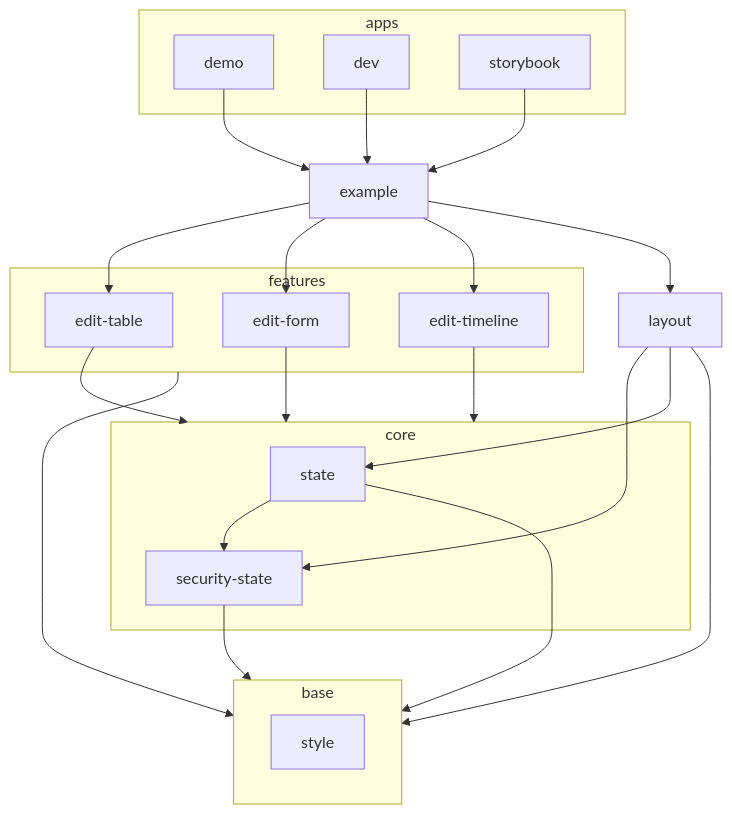
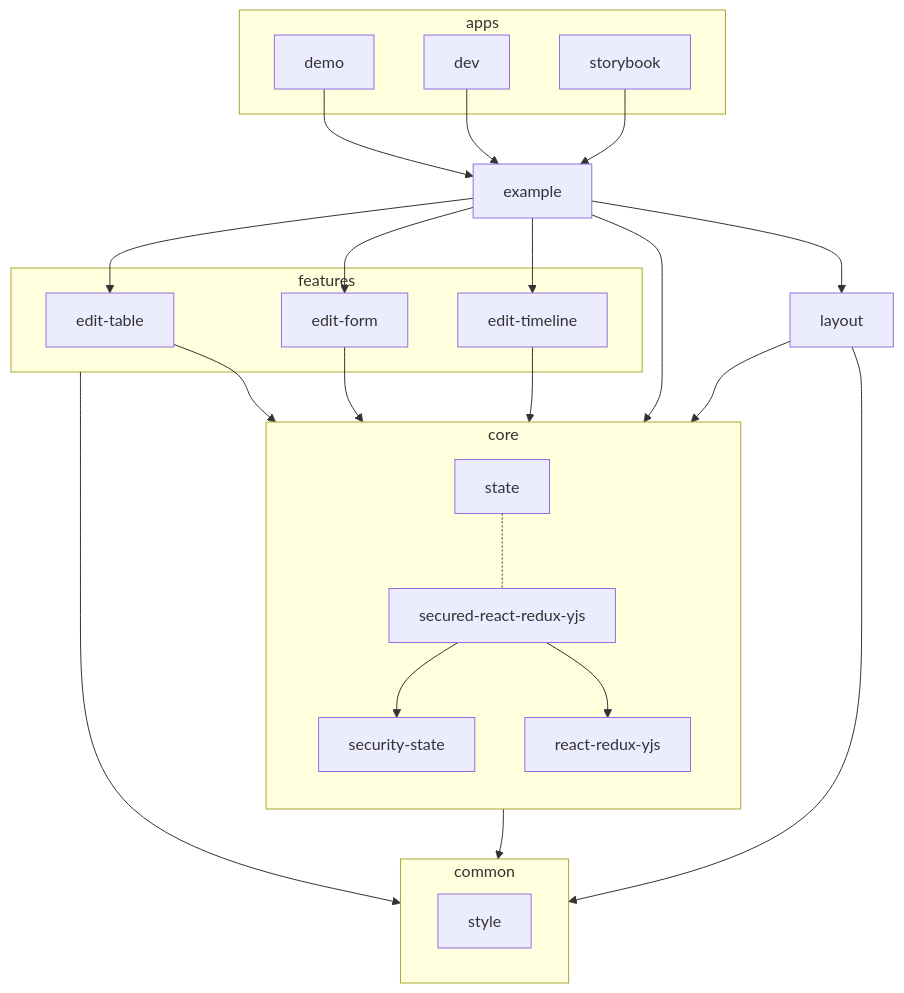
Before and after one commit to FormsWizard/processing: the diagram in README.md, drawn with Mermaid. The commit also changed other lines of this file and 21 other files, not shown here.

````diff
--- a/README.md
+++ b/README.md
@@ -16,44 +16,46 @@
 ```mermaid
 flowchart TB
   subgraph apps
   demo
   dev
   storybook
   end
   
   subgraph features
   edit-table
   edit-form
   edit-timeline
   end
   
   subgraph core
-  state --> security-state
+  direction TB
+  state -.- secured-react-redux-yjs
+  secured-react-redux-yjs --> security-state
+  secured-react-redux-yjs --> react-redux-yjs
   end
 
-  subgraph base
+  subgraph common
   style_[style]
   end
 
   edit-table --> core
   edit-form --> core
   edit-timeline --> core
-  features --> base
+  features --> common
 
   demo --> example
   dev --> example
   storybook --> example
 
   example --> edit-table
   example --> edit-form
   example --> edit-timeline
-  
+
+  example --> core
   example --> layout
 
-  security-state --> base
-  state --> base
+  core --> common
   
-  layout --> security-state
-  layout --> state
-  layout --> base
+  layout --> core
+  layout --> common
 ```
````
